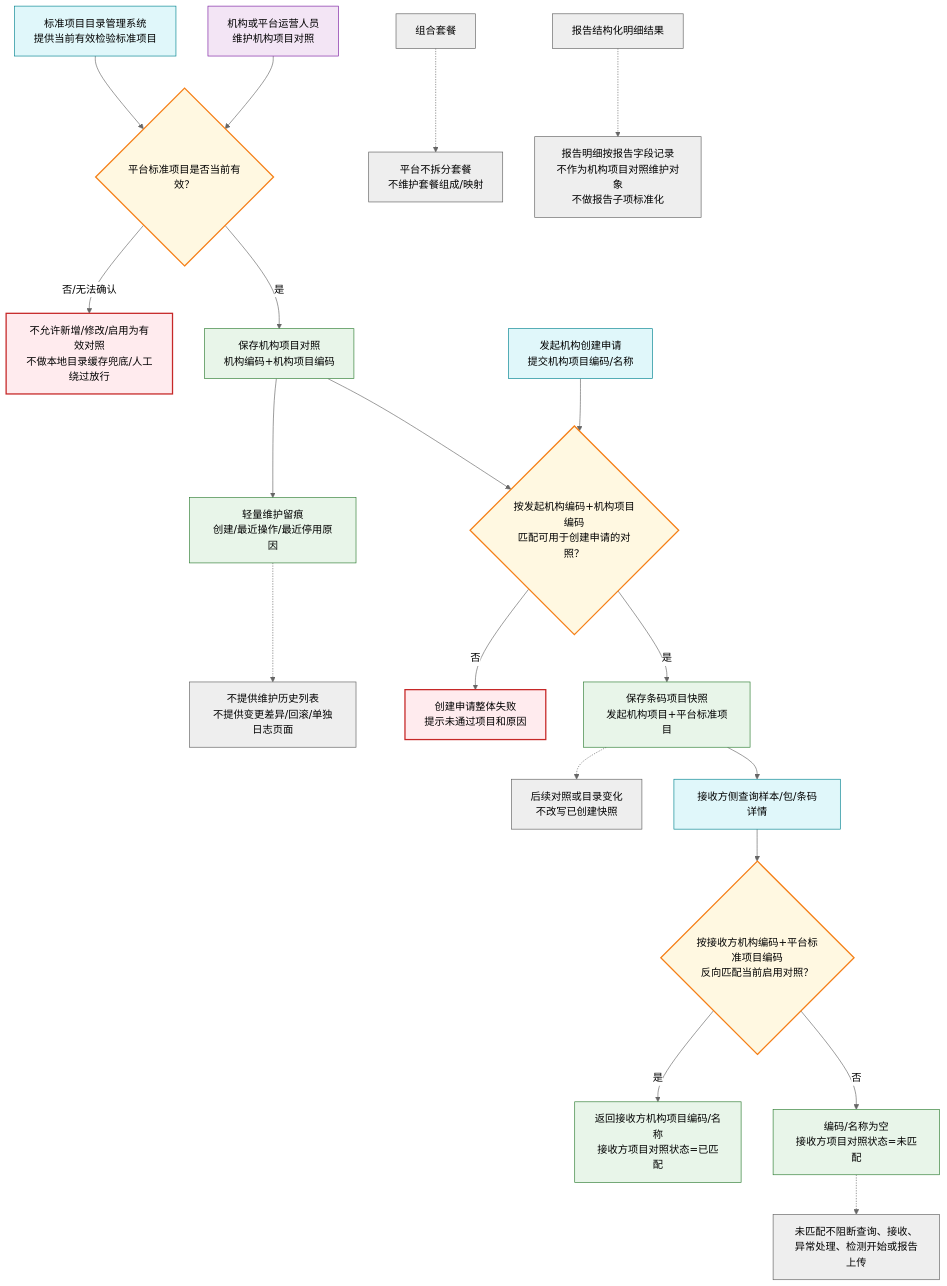
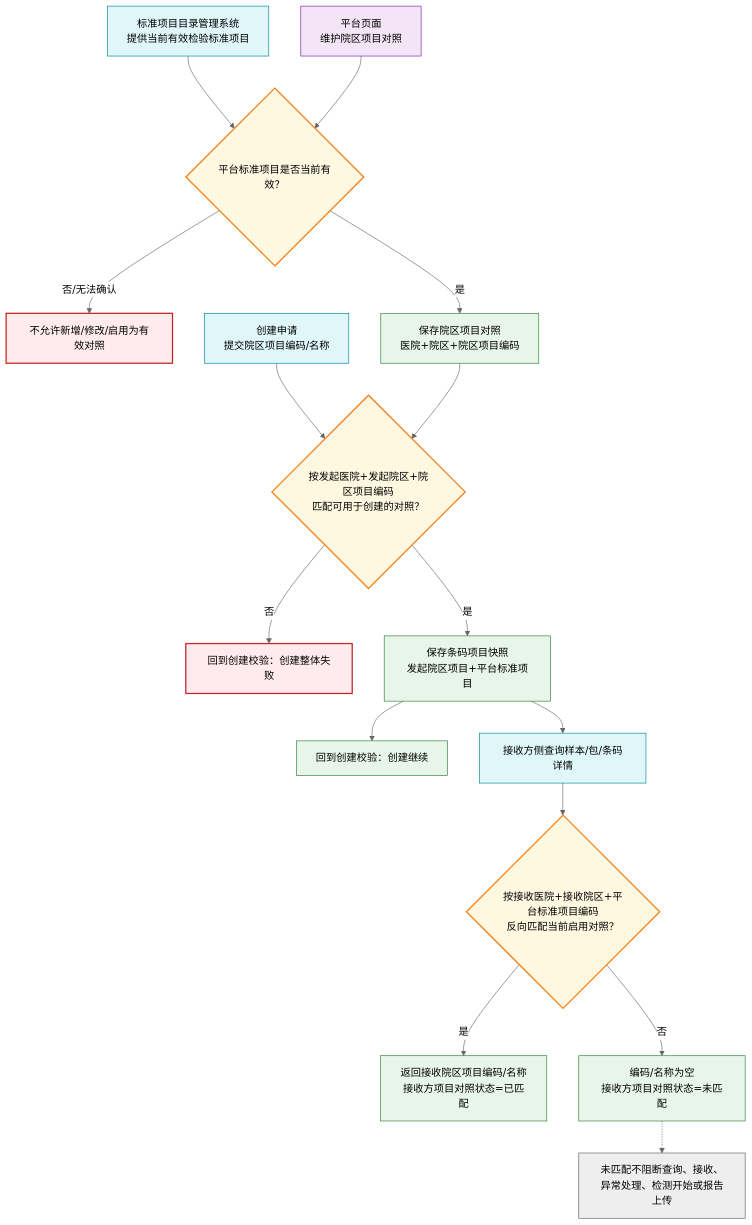
The seventh of 7 diagrams in 协同平台/政策文档/版本7/PRD_流程图_整合版.md (taskMain/Lis), drawn with Mermaid (neutral theme) before and after one commit. The commit also changed other lines of this file and 2 other files, not shown here.

Commit message:
docs(PRD): 重构流程图整合版文档，提取条码流转主流程并补充子流程与规则说明，提升可读性与维护性

````diff
--- a/协同平台/政策文档/版本7/PRD_流程图_整合版.md
+++ b/协同平台/政策文档/版本7/PRD_流程图_整合版.md
@@ -329,52 +334,41 @@
 ```mermaid
 flowchart TD
     classDef page fill:#f3e5f5,stroke:#7b1fa2,stroke-width:1px
     classDef process fill:#e8f5e9,stroke:#2e7d32,stroke-width:1px
     classDef decision fill:#fff8e1,stroke:#f57f17,stroke-width:2px
     classDef terminal fill:#ffebee,stroke:#c62828,stroke-width:2px
     classDef external fill:#e0f7fa,stroke:#00838f,stroke-width:1px
     classDef note fill:#eeeeee,stroke:#616161,stroke-width:1px
 
     S1["标准项目目录管理系统<br>提供当前有效检验标准项目"]:::external
-    M1["机构或平台运营人员<br>维护机构项目对照"]:::page
+    M1["平台页面<br>维护院区项目对照"]:::page
     M2{"平台标准项目是否当前有效？"}:::decision
-    M3["不允许新增/修改/启用为有效对照<br>不做本地目录缓存兜底/人工绕过放行"]:::terminal
-    M4["保存机构项目对照<br>机构编码+机构项目编码"]:::process
-    M5["轻量维护留痕<br>创建/最近操作/最近停用原因"]:::process
-    M6["不提供维护历史列表<br>不提供变更差异/回滚/单独日志页面"]:::note
+    M3["不允许新增/修改/启用为有效对照"]:::terminal
+    M4["保存院区项目对照<br>医院+院区+院区项目编码"]:::process
 
     S1 --> M2
     M1 --> M2
     M2 -->|"否/无法确认"| M3
-    M2 -->|"是"| M4 --> M5
-    M5 -.-> M6
+    M2 -->|"是"| M4
 
-    A1["发起机构创建申请<br>提交机构项目编码/名称"]:::external
-    A2{"按发起机构编码+机构项目编码<br>匹配可用于创建申请的对照？"}:::decision
-    A3["创建申请整体失败<br>提示未通过项目和原因"]:::terminal
-    A4["保存条码项目快照<br>发起机构项目+平台标准项目"]:::process
-    A5["后续对照或目录变化<br>不改写已创建快照"]:::note
+    A1["创建申请<br>提交院区项目编码/名称"]:::external
+    A2{"按发起医院+发起院区+院区项目编码<br>匹配可用于创建的对照？"}:::decision
+    A3["回到创建校验：创建整体失败"]:::terminal
+    A4["保存条码项目快照<br>发起院区项目+平台标准项目"]:::process
+    A5["回到创建校验：创建继续"]:::process
 
     A1 --> A2
     M4 --> A2
     A2 -->|"否"| A3
-    A2 -->|"是"| A4 -.-> A5
+    A2 -->|"是"| A4 --> A5
 
     R1["接收方侧查询样本/包/条码详情"]:::external
-    R2{"按接收方机构编码+平台标准项目编码<br>反向匹配当前启用对照？"}:::decision
-    R3["返回接收方机构项目编码/名称<br>接收方项目对照状态=已匹配"]:::process
+    R2{"按接收医院+接收院区+平台标准项目编码<br>反向匹配当前启用对照？"}:::decision
+    R3["返回接收院区项目编码/名称<br>接收方项目对照状态=已匹配"]:::process
     R4["编码/名称为空<br>接收方项目对照状态=未匹配"]:::process
     R5["未匹配不阻断查询、接收、异常处理、检测开始或报告上传"]:::note
 
     A4 --> R1 --> R2
     R2 -->|"是"| R3
     R2 -->|"否"| R4 -.-> R5
-
-    B1["组合套餐"]:::note
-    B2["报告结构化明细结果"]:::note
-    B3["平台不拆分套餐<br>不维护套餐组成/映射"]:::note
-    B4["报告明细按报告字段记录<br>不作为机构项目对照维护对象<br>不做报告子项标准化"]:::note
-
-    B1 -.-> B3
-    B2 -.-> B4
 ```
````
